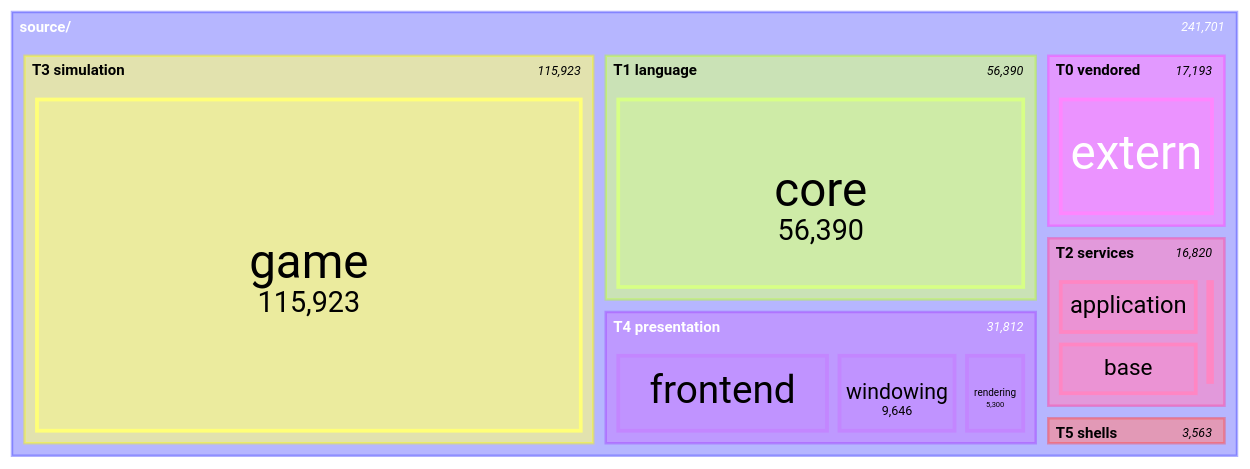
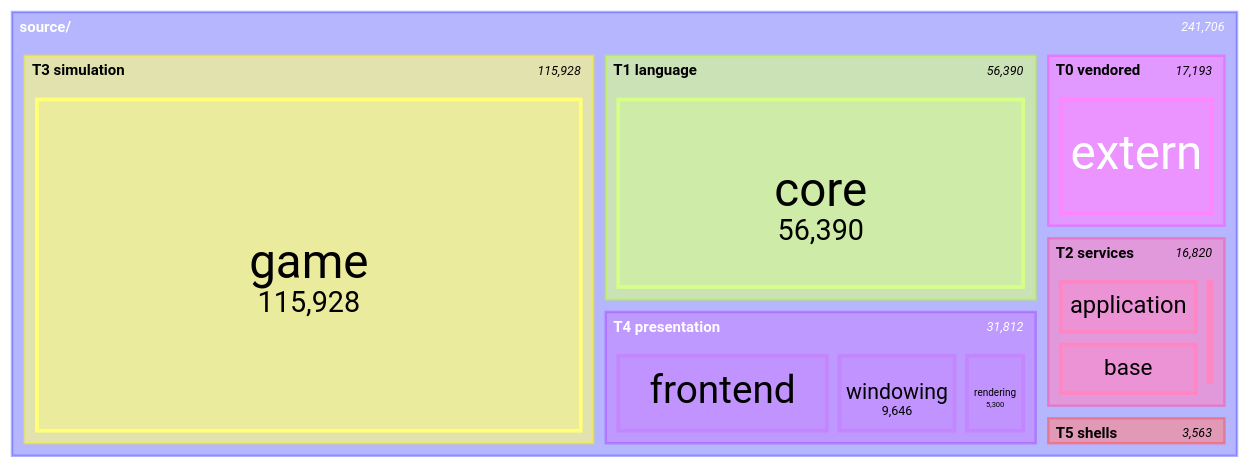
The seventh of 11 diagrams in docs/architecture/system-boundaries.md (apnex/OpenStarbound), drawn with Mermaid before and after one commit. The commit also changed other lines of this file and 1 other file, not shown here.

````diff
--- a/docs/architecture/system-boundaries.md
+++ b/docs/architecture/system-boundaries.md
@@ -599,22 +599,22 @@
 ```mermaid
 treemap-beta
 "source/"
     "T0 vendored"
         "extern": 17193
     "T1 language"
         "core": 56390
     "T2 services"
         "application": 7687
         "base": 7472
         "metrics": 1519
         "platform": 142
     "T3 simulation"
-        "game": 115923
+        "game": 115928
     "T4 presentation"
         "frontend": 16866
         "windowing": 9646
         "rendering": 5300
     "T5 shells"
         "client": 2780
         "server": 783
 ```
````
